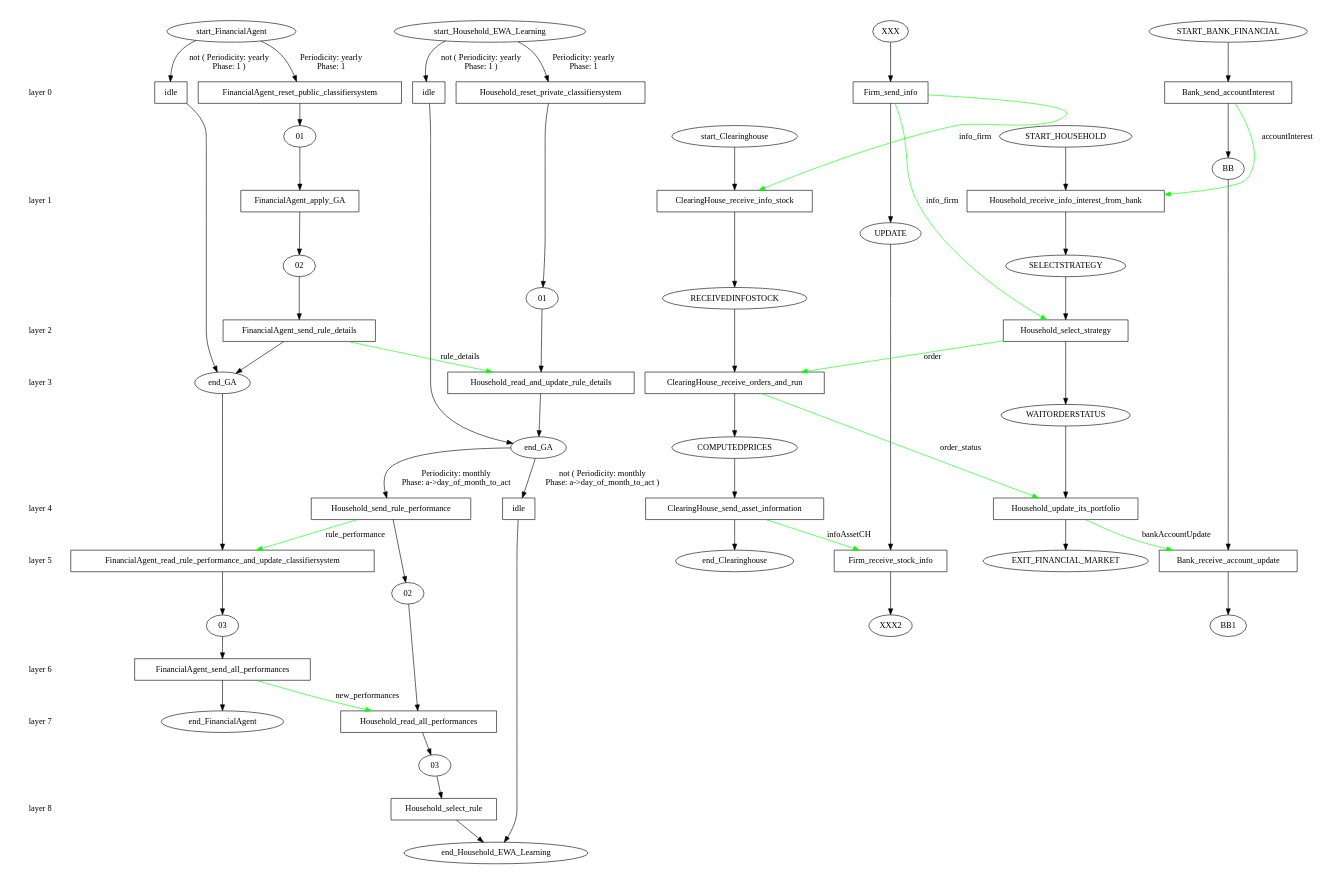
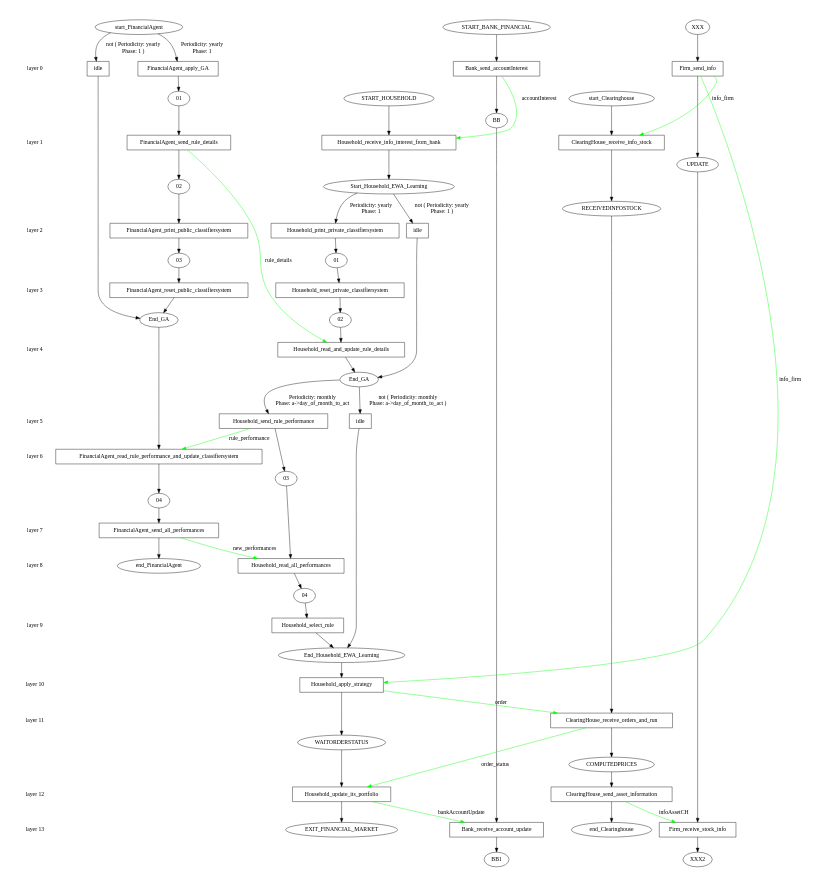
The diagram in models/AFM/afm_branches/initial/stategraph.dot (ETACE/EURACE), drawn with Graphviz before and after one commit. The commit also changed 5 other files, not shown here.

```diff
--- a/models/AFM/afm_branches/initial/stategraph.dot
+++ b/models/AFM/afm_branches/initial/stategraph.dot
@@ -18,24 +18,35 @@
 	layer_6 -> layer_7 [style=invis];
 	layer_8 [shape=plaintext, label="layer 8"];
 	layer_7 -> layer_8 [style=invis];
+	layer_9 [shape=plaintext, label="layer 9"];
+	layer_8 -> layer_9 [style=invis];
+	layer_10 [shape=plaintext, label="layer 10"];
+	layer_9 -> layer_10 [style=invis];
+	layer_11 [shape=plaintext, label="layer 11"];
+	layer_10 -> layer_11 [style=invis];
+	layer_12 [shape=plaintext, label="layer 12"];
+	layer_11 -> layer_12 [style=invis];
+	layer_13 [shape=plaintext, label="layer 13"];
+	layer_12 -> layer_13 [style=invis];
 	
 	/* States */
 	FinancialAgent_end_FinancialAgent [label = "end_FinancialAgent"]
+	FinancialAgent_04 [label = "04"]
 	FinancialAgent_03 [label = "03"]
 	FinancialAgent_02 [label = "02"]
 	FinancialAgent_01 [label = "01"]
-	FinancialAgent_end_GA [label = "end_GA"]
+	FinancialAgent_End_GA [label = "End_GA"]
 	FinancialAgent_start_FinancialAgent [label = "start_FinancialAgent"]
 	Household_EXIT_FINANCIAL_MARKET [label = "EXIT_FINANCIAL_MARKET"]
 	Household_WAITORDERSTATUS [label = "WAITORDERSTATUS"]
-	Household_SELECTSTRATEGY [label = "SELECTSTRATEGY"]
 	Household_START_HOUSEHOLD [label = "START_HOUSEHOLD"]
+	Household_04 [label = "04"]
 	Household_03 [label = "03"]
+	Household_End_Household_EWA_Learning [label = "End_Household_EWA_Learning"]
 	Household_02 [label = "02"]
-	Household_end_Household_EWA_Learning [label = "end_Household_EWA_Learning"]
 	Household_01 [label = "01"]
-	Household_end_GA [label = "end_GA"]
-	Household_start_Household_EWA_Learning [label = "start_Household_EWA_Learning"]
+	Household_End_GA [label = "End_GA"]
+	Household_Start_Household_EWA_Learning [label = "Start_Household_EWA_Learning"]
 	Clearinghouse_end_Clearinghouse [label = "end_Clearinghouse"]
 	Clearinghouse_COMPUTEDPRICES [label = "COMPUTEDPRICES"]
 	Clearinghouse_RECEIVEDINFOSTOCK [label = "RECEIVEDINFOSTOCK"]
@@ -46,21 +57,23 @@
 	Firm_XXX2 [label = "XXX2"]
 	Firm_UPDATE [label = "UPDATE"]
 	Firm_XXX [label = "XXX"]
-	FinancialAgent_idle_start_FinancialAgent_end_GA [label = "idle", shape = rect]
-	FinancialAgent_FinancialAgent_reset_public_classifiersystem_start_FinancialAgent_01 [label = "FinancialAgent_reset_public_classifiersystem", shape = rect]
-	FinancialAgent_FinancialAgent_apply_GA_01_02 [label = "FinancialAgent_apply_GA", shape = rect]
-	FinancialAgent_FinancialAgent_send_rule_details_02_end_GA [label = "FinancialAgent_send_rule_details", shape = rect]
-	FinancialAgent_FinancialAgent_read_rule_performance_and_update_classifiersystem_end_GA_03 [label = "FinancialAgent_read_rule_performance_and_update_classifiersystem", shape = rect]
-	FinancialAgent_FinancialAgent_send_all_performances_03_end_FinancialAgent [label = "FinancialAgent_send_all_performances", shape = rect]
-	Household_idle_start_Household_EWA_Learning_end_GA [label = "idle", shape = rect]
-	Household_Household_reset_private_classifiersystem_start_Household_EWA_Learning_01 [label = "Household_reset_private_classifiersystem", shape = rect]
-	Household_Household_read_and_update_rule_details_01_end_GA [label = "Household_read_and_update_rule_details", shape = rect]
-	Household_idle_end_GA_end_Household_EWA_Learning [label = "idle", shape = rect]
-	Household_Household_send_rule_performance_end_GA_02 [label = "Household_send_rule_performance", shape = rect]
-	Household_Household_read_all_performances_02_03 [label = "Household_read_all_performances", shape = rect]
-	Household_Household_select_rule_03_end_Household_EWA_Learning [label = "Household_select_rule", shape = rect]
-	Household_Household_receive_info_interest_from_bank_START_HOUSEHOLD_SELECTSTRATEGY [label = "Household_receive_info_interest_from_bank", shape = rect]
-	Household_Household_select_strategy_SELECTSTRATEGY_WAITORDERSTATUS [label = "Household_select_strategy", shape = rect]
+	FinancialAgent_idle_start_FinancialAgent_End_GA [label = "idle", shape = rect]
+	FinancialAgent_FinancialAgent_apply_GA_start_FinancialAgent_01 [label = "FinancialAgent_apply_GA", shape = rect]
+	FinancialAgent_FinancialAgent_send_rule_details_01_02 [label = "FinancialAgent_send_rule_details", shape = rect]
+	FinancialAgent_FinancialAgent_print_public_classifiersystem_02_03 [label = "FinancialAgent_print_public_classifiersystem", shape = rect]
+	FinancialAgent_FinancialAgent_reset_public_classifiersystem_03_End_GA [label = "FinancialAgent_reset_public_classifiersystem", shape = rect]
+	FinancialAgent_FinancialAgent_read_rule_performance_and_update_classifiersystem_End_GA_04 [label = "FinancialAgent_read_rule_performance_and_update_classifiersystem", shape = rect]
+	FinancialAgent_FinancialAgent_send_all_performances_04_end_FinancialAgent [label = "FinancialAgent_send_all_performances", shape = rect]
+	Household_idle_Start_Household_EWA_Learning_End_GA [label = "idle", shape = rect]
+	Household_Household_print_private_classifiersystem_Start_Household_EWA_Learning_01 [label = "Household_print_private_classifiersystem", shape = rect]
+	Household_Household_reset_private_classifiersystem_01_02 [label = "Household_reset_private_classifiersystem", shape = rect]
+	Household_Household_read_and_update_rule_details_02_End_GA [label = "Household_read_and_update_rule_details", shape = rect]
+	Household_idle_End_GA_End_Household_EWA_Learning [label = "idle", shape = rect]
+	Household_Household_send_rule_performance_End_GA_03 [label = "Household_send_rule_performance", shape = rect]
+	Household_Household_read_all_performances_03_04 [label = "Household_read_all_performances", shape = rect]
+	Household_Household_select_rule_04_End_Household_EWA_Learning [label = "Household_select_rule", shape = rect]
+	Household_Household_receive_info_interest_from_bank_START_HOUSEHOLD_Start_Household_EWA_Learning [label = "Household_receive_info_interest_from_bank", shape = rect]
+	Household_Household_apply_strategy_End_Household_EWA_Learning_WAITORDERSTATUS [label = "Household_apply_strategy", shape = rect]
 	Household_Household_update_its_portfolio_WAITORDERSTATUS_EXIT_FINANCIAL_MARKET [label = "Household_update_its_portfolio", shape = rect]
 	Clearinghouse_ClearingHouse_receive_info_stock_start_Clearinghouse_RECEIVEDINFOSTOCK [label = "ClearingHouse_receive_info_stock", shape = rect]
 	Clearinghouse_ClearingHouse_receive_orders_and_run_RECEIVEDINFOSTOCK_COMPUTEDPRICES [label = "ClearingHouse_receive_orders_and_run", shape = rect]
@@ -71,36 +84,40 @@
 	Firm_Firm_receive_stock_info_UPDATE_XXX2 [label = "Firm_receive_stock_info", shape = rect]
 	
 	/* Transitions */
-	FinancialAgent_start_FinancialAgent -> FinancialAgent_idle_start_FinancialAgent_end_GA [ label = "not ( Periodicity: yearly\nPhase: 1 )"];
-	FinancialAgent_idle_start_FinancialAgent_end_GA -> FinancialAgent_end_GA;
-	FinancialAgent_start_FinancialAgent -> FinancialAgent_FinancialAgent_reset_public_classifiersystem_start_FinancialAgent_01 [ label = "Periodicity: yearly\nPhase: 1"];
-	FinancialAgent_FinancialAgent_reset_public_classifiersystem_start_FinancialAgent_01 -> FinancialAgent_01;
-	FinancialAgent_01 -> FinancialAgent_FinancialAgent_apply_GA_01_02;
-	FinancialAgent_FinancialAgent_apply_GA_01_02 -> FinancialAgent_02;
-	FinancialAgent_02 -> FinancialAgent_FinancialAgent_send_rule_details_02_end_GA;
-	FinancialAgent_FinancialAgent_send_rule_details_02_end_GA -> FinancialAgent_end_GA;
-	FinancialAgent_end_GA -> FinancialAgent_FinancialAgent_read_rule_performance_and_update_classifiersystem_end_GA_03;
-	FinancialAgent_FinancialAgent_read_rule_performance_and_update_classifiersystem_end_GA_03 -> FinancialAgent_03;
-	FinancialAgent_03 -> FinancialAgent_FinancialAgent_send_all_performances_03_end_FinancialAgent;
-	FinancialAgent_FinancialAgent_send_all_performances_03_end_FinancialAgent -> FinancialAgent_end_FinancialAgent;
-	Household_start_Household_EWA_Learning -> Household_idle_start_Household_EWA_Learning_end_GA [ label = "not ( Periodicity: yearly\nPhase: 1 )"];
-	Household_idle_start_Household_EWA_Learning_end_GA -> Household_end_GA;
-	Household_start_Household_EWA_Learning -> Household_Household_reset_private_classifiersystem_start_Household_EWA_Learning_01 [ label = "Periodicity: yearly\nPhase: 1"];
-	Household_Household_reset_private_classifiersystem_start_Household_EWA_Learning_01 -> Household_01;
-	Household_01 -> Household_Household_read_and_update_rule_details_01_end_GA;
-	Household_Household_read_and_update_rule_details_01_end_GA -> Household_end_GA;
-	Household_end_GA -> Household_idle_end_GA_end_Household_EWA_Learning [ label = "not ( Periodicity: monthly\nPhase: a->day_of_month_to_act )"];
-	Household_idle_end_GA_end_Household_EWA_Learning -> Household_end_Household_EWA_Learning;
-	Household_end_GA -> Household_Household_send_rule_performance_end_GA_02 [ label = "Periodicity: monthly\nPhase: a->day_of_month_to_act"];
-	Household_Household_send_rule_performance_end_GA_02 -> Household_02;
-	Household_02 -> Household_Household_read_all_performances_02_03;
-	Household_Household_read_all_performances_02_03 -> Household_03;
-	Household_03 -> Household_Household_select_rule_03_end_Household_EWA_Learning;
-	Household_Household_select_rule_03_end_Household_EWA_Learning -> Household_end_Household_EWA_Learning;
-	Household_START_HOUSEHOLD -> Household_Household_receive_info_interest_from_bank_START_HOUSEHOLD_SELECTSTRATEGY;
-	Household_Household_receive_info_interest_from_bank_START_HOUSEHOLD_SELECTSTRATEGY -> Household_SELECTSTRATEGY;
-	Household_SELECTSTRATEGY -> Household_Household_select_strategy_SELECTSTRATEGY_WAITORDERSTATUS;
-	Household_Household_select_strategy_SELECTSTRATEGY_WAITORDERSTATUS -> Household_WAITORDERSTATUS;
+	FinancialAgent_start_FinancialAgent -> FinancialAgent_idle_start_FinancialAgent_End_GA [ label = "not ( Periodicity: yearly\nPhase: 1 )"];
+	FinancialAgent_idle_start_FinancialAgent_End_GA -> FinancialAgent_End_GA;
+	FinancialAgent_start_FinancialAgent -> FinancialAgent_FinancialAgent_apply_GA_start_FinancialAgent_01 [ label = "Periodicity: yearly\nPhase: 1"];
+	FinancialAgent_FinancialAgent_apply_GA_start_FinancialAgent_01 -> FinancialAgent_01;
+	FinancialAgent_01 -> FinancialAgent_FinancialAgent_send_rule_details_01_02;
+	FinancialAgent_FinancialAgent_send_rule_details_01_02 -> FinancialAgent_02;
+	FinancialAgent_02 -> FinancialAgent_FinancialAgent_print_public_classifiersystem_02_03;
+	FinancialAgent_FinancialAgent_print_public_classifiersystem_02_03 -> FinancialAgent_03;
+	FinancialAgent_03 -> FinancialAgent_FinancialAgent_reset_public_classifiersystem_03_End_GA;
+	FinancialAgent_FinancialAgent_reset_public_classifiersystem_03_End_GA -> FinancialAgent_End_GA;
+	FinancialAgent_End_GA -> FinancialAgent_FinancialAgent_read_rule_performance_and_update_classifiersystem_End_GA_04;
+	FinancialAgent_FinancialAgent_read_rule_performance_and_update_classifiersystem_End_GA_04 -> FinancialAgent_04;
+	FinancialAgent_04 -> FinancialAgent_FinancialAgent_send_all_performances_04_end_FinancialAgent;
+	FinancialAgent_FinancialAgent_send_all_performances_04_end_FinancialAgent -> FinancialAgent_end_FinancialAgent;
+	Household_Start_Household_EWA_Learning -> Household_idle_Start_Household_EWA_Learning_End_GA [ label = "not ( Periodicity: yearly\nPhase: 1 )"];
+	Household_idle_Start_Household_EWA_Learning_End_GA -> Household_End_GA;
+	Household_Start_Household_EWA_Learning -> Household_Household_print_private_classifiersystem_Start_Household_EWA_Learning_01 [ label = "Periodicity: yearly\nPhase: 1"];
+	Household_Household_print_private_classifiersystem_Start_Household_EWA_Learning_01 -> Household_01;
+	Household_01 -> Household_Household_reset_private_classifiersystem_01_02;
+	Household_Household_reset_private_classifiersystem_01_02 -> Household_02;
+	Household_02 -> Household_Household_read_and_update_rule_details_02_End_GA;
+	Household_Household_read_and_update_rule_details_02_End_GA -> Household_End_GA;
+	Household_End_GA -> Household_idle_End_GA_End_Household_EWA_Learning [ label = "not ( Periodicity: monthly\nPhase: a->day_of_month_to_act )"];
+	Household_idle_End_GA_End_Household_EWA_Learning -> Household_End_Household_EWA_Learning;
+	Household_End_GA -> Household_Household_send_rule_performance_End_GA_03 [ label = "Periodicity: monthly\nPhase: a->day_of_month_to_act"];
+	Household_Household_send_rule_performance_End_GA_03 -> Household_03;
+	Household_03 -> Household_Household_read_all_performances_03_04;
+	Household_Household_read_all_performances_03_04 -> Household_04;
+	Household_04 -> Household_Household_select_rule_04_End_Household_EWA_Learning;
+	Household_Household_select_rule_04_End_Household_EWA_Learning -> Household_End_Household_EWA_Learning;
+	Household_START_HOUSEHOLD -> Household_Household_receive_info_interest_from_bank_START_HOUSEHOLD_Start_Household_EWA_Learning;
+	Household_Household_receive_info_interest_from_bank_START_HOUSEHOLD_Start_Household_EWA_Learning -> Household_Start_Household_EWA_Learning;
+	Household_End_Household_EWA_Learning -> Household_Household_apply_strategy_End_Household_EWA_Learning_WAITORDERSTATUS;
+	Household_Household_apply_strategy_End_Household_EWA_Learning_WAITORDERSTATUS -> Household_WAITORDERSTATUS;
 	Household_WAITORDERSTATUS -> Household_Household_update_its_portfolio_WAITORDERSTATUS_EXIT_FINANCIAL_MARKET;
 	Household_Household_update_its_portfolio_WAITORDERSTATUS_EXIT_FINANCIAL_MARKET -> Household_EXIT_FINANCIAL_MARKET;
 	Clearinghouse_start_Clearinghouse -> Clearinghouse_ClearingHouse_receive_info_stock_start_Clearinghouse_RECEIVEDINFOSTOCK;
@@ -121,21 +138,26 @@
 	/* Communications */
 	Clearinghouse_ClearingHouse_send_asset_information_COMPUTEDPRICES_end_Clearinghouse -> Firm_Firm_receive_stock_info_UPDATE_XXX2 [ label = "infoAssetCH" color="#00ff00" constraint=false];
 	Household_Household_update_its_portfolio_WAITORDERSTATUS_EXIT_FINANCIAL_MARKET -> Bank_Bank_receive_account_update_BB_BB1 [ label = "bankAccountUpdate" color="#00ff00" constraint=false];
-	Household_Household_select_strategy_SELECTSTRATEGY_WAITORDERSTATUS -> Clearinghouse_ClearingHouse_receive_orders_and_run_RECEIVEDINFOSTOCK_COMPUTEDPRICES [ label = "order" color="#00ff00" constraint=false];
+	Household_Household_apply_strategy_End_Household_EWA_Learning_WAITORDERSTATUS -> Clearinghouse_ClearingHouse_receive_orders_and_run_RECEIVEDINFOSTOCK_COMPUTEDPRICES [ label = "order" color="#00ff00" constraint=false];
 	Firm_Firm_send_info_XXX_UPDATE -> Clearinghouse_ClearingHouse_receive_info_stock_start_Clearinghouse_RECEIVEDINFOSTOCK [ label = "info_firm" color="#00ff00" constraint=false];
 	Clearinghouse_ClearingHouse_receive_orders_and_run_RECEIVEDINFOSTOCK_COMPUTEDPRICES -> Household_Household_update_its_portfolio_WAITORDERSTATUS_EXIT_FINANCIAL_MARKET [ label = "order_status" color="#00ff00" constraint=false];
-	Firm_Firm_send_info_XXX_UPDATE -> Household_Household_select_strategy_SELECTSTRATEGY_WAITORDERSTATUS [ label = "info_firm" color="#00ff00" constraint=false];
-	Bank_Bank_send_accountInterest_START_BANK_FINANCIAL_BB -> Household_Household_receive_info_interest_from_bank_START_HOUSEHOLD_SELECTSTRATEGY [ label = "accountInterest" color="#00ff00" constraint=false];
-	FinancialAgent_FinancialAgent_send_all_performances_03_end_FinancialAgent -> Household_Household_read_all_performances_02_03 [ label = "new_performances" color="#00ff00" constraint=false];
-	FinancialAgent_FinancialAgent_send_rule_details_02_end_GA -> Household_Household_read_and_update_rule_details_01_end_GA [ label = "rule_details" color="#00ff00" constraint=false];
-	Household_Household_send_rule_performance_end_GA_02 -> FinancialAgent_FinancialAgent_read_rule_performance_and_update_classifiersystem_end_GA_03 [ label = "rule_performance" color="#00ff00" constraint=false];
-	{ rank=same; layer_0;  FinancialAgent_idle_start_FinancialAgent_end_GA;  FinancialAgent_FinancialAgent_reset_public_classifiersystem_start_FinancialAgent_01;  Household_idle_start_Household_EWA_Learning_end_GA;  Household_Household_reset_private_classifiersystem_start_Household_EWA_Learning_01;  Bank_Bank_send_accountInterest_START_BANK_FINANCIAL_BB;  Firm_Firm_send_info_XXX_UPDATE; }
-	{ rank=same; layer_1;  FinancialAgent_FinancialAgent_apply_GA_01_02;  Household_Household_receive_info_interest_from_bank_START_HOUSEHOLD_SELECTSTRATEGY;  Clearinghouse_ClearingHouse_receive_info_stock_start_Clearinghouse_RECEIVEDINFOSTOCK; }
-	{ rank=same; layer_2;  FinancialAgent_FinancialAgent_send_rule_details_02_end_GA;  Household_Household_select_strategy_SELECTSTRATEGY_WAITORDERSTATUS; }
-	{ rank=same; layer_3;  Household_Household_read_and_update_rule_details_01_end_GA;  Clearinghouse_ClearingHouse_receive_orders_and_run_RECEIVEDINFOSTOCK_COMPUTEDPRICES; }
-	{ rank=same; layer_4;  Household_idle_end_GA_end_Household_EWA_Learning;  Household_Household_send_rule_performance_end_GA_02;  Household_Household_update_its_portfolio_WAITORDERSTATUS_EXIT_FINANCIAL_MARKET;  Clearinghouse_ClearingHouse_send_asset_information_COMPUTEDPRICES_end_Clearinghouse; }
-	{ rank=same; layer_5;  FinancialAgent_FinancialAgent_read_rule_performance_and_update_classifiersystem_end_GA_03;  Bank_Bank_receive_account_update_BB_BB1;  Firm_Firm_receive_stock_info_UPDATE_XXX2; }
-	{ rank=same; layer_6;  FinancialAgent_FinancialAgent_send_all_performances_03_end_FinancialAgent; }
-	{ rank=same; layer_7;  Household_Household_read_all_performances_02_03; }
-	{ rank=same; layer_8;  Household_Household_select_rule_03_end_Household_EWA_Learning; }
+	Firm_Firm_send_info_XXX_UPDATE -> Household_Household_apply_strategy_End_Household_EWA_Learning_WAITORDERSTATUS [ label = "info_firm" color="#00ff00" constraint=false];
+	Bank_Bank_send_accountInterest_START_BANK_FINANCIAL_BB -> Household_Household_receive_info_interest_from_bank_START_HOUSEHOLD_Start_Household_EWA_Learning [ label = "accountInterest" color="#00ff00" constraint=false];
+	FinancialAgent_FinancialAgent_send_all_performances_04_end_FinancialAgent -> Household_Household_read_all_performances_03_04 [ label = "new_performances" color="#00ff00" constraint=false];
+	FinancialAgent_FinancialAgent_send_rule_details_01_02 -> Household_Household_read_and_update_rule_details_02_End_GA [ label = "rule_details" color="#00ff00" constraint=false];
+	Household_Household_send_rule_performance_End_GA_03 -> FinancialAgent_FinancialAgent_read_rule_performance_and_update_classifiersystem_End_GA_04 [ label = "rule_performance" color="#00ff00" constraint=false];
+	{ rank=same; layer_0;  FinancialAgent_idle_start_FinancialAgent_End_GA;  FinancialAgent_FinancialAgent_apply_GA_start_FinancialAgent_01;  Bank_Bank_send_accountInterest_START_BANK_FINANCIAL_BB;  Firm_Firm_send_info_XXX_UPDATE; }
+	{ rank=same; layer_1;  FinancialAgent_FinancialAgent_send_rule_details_01_02;  Household_Household_receive_info_interest_from_bank_START_HOUSEHOLD_Start_Household_EWA_Learning;  Clearinghouse_ClearingHouse_receive_info_stock_start_Clearinghouse_RECEIVEDINFOSTOCK; }
+	{ rank=same; layer_2;  FinancialAgent_FinancialAgent_print_public_classifiersystem_02_03;  Household_idle_Start_Household_EWA_Learning_End_GA;  Household_Household_print_private_classifiersystem_Start_Household_EWA_Learning_01; }
+	{ rank=same; layer_3;  FinancialAgent_FinancialAgent_reset_public_classifiersystem_03_End_GA;  Household_Household_reset_private_classifiersystem_01_02; }
+	{ rank=same; layer_4;  Household_Household_read_and_update_rule_details_02_End_GA; }
+	{ rank=same; layer_5;  Household_idle_End_GA_End_Household_EWA_Learning;  Household_Household_send_rule_performance_End_GA_03; }
+	{ rank=same; layer_6;  FinancialAgent_FinancialAgent_read_rule_performance_and_update_classifiersystem_End_GA_04; }
+	{ rank=same; layer_7;  FinancialAgent_FinancialAgent_send_all_performances_04_end_FinancialAgent; }
+	{ rank=same; layer_8;  Household_Household_read_all_performances_03_04; }
+	{ rank=same; layer_9;  Household_Household_select_rule_04_End_Household_EWA_Learning; }
+	{ rank=same; layer_10;  Household_Household_apply_strategy_End_Household_EWA_Learning_WAITORDERSTATUS; }
+	{ rank=same; layer_11;  Clearinghouse_ClearingHouse_receive_orders_and_run_RECEIVEDINFOSTOCK_COMPUTEDPRICES; }
+	{ rank=same; layer_12;  Household_Household_update_its_portfolio_WAITORDERSTATUS_EXIT_FINANCIAL_MARKET;  Clearinghouse_ClearingHouse_send_asset_information_COMPUTEDPRICES_end_Clearinghouse; }
+	{ rank=same; layer_13;  Bank_Bank_receive_account_update_BB_BB1;  Firm_Firm_receive_stock_info_UPDATE_XXX2; }
 }
```
